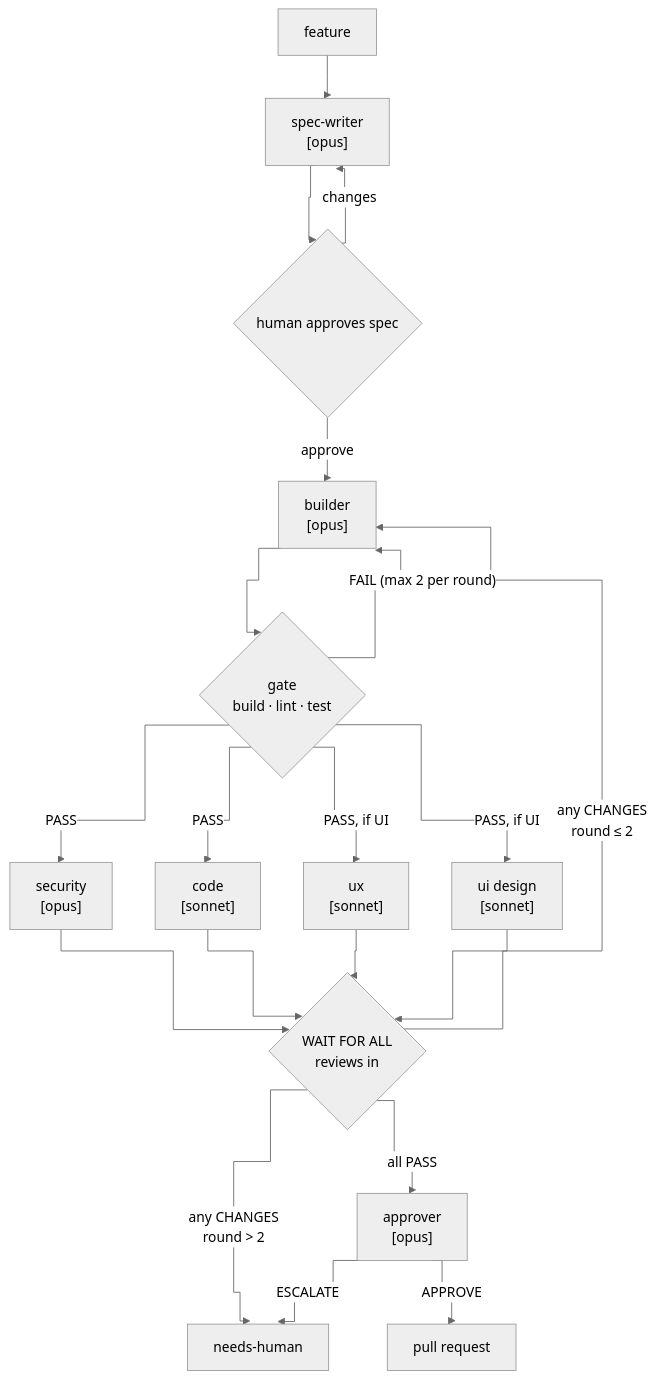
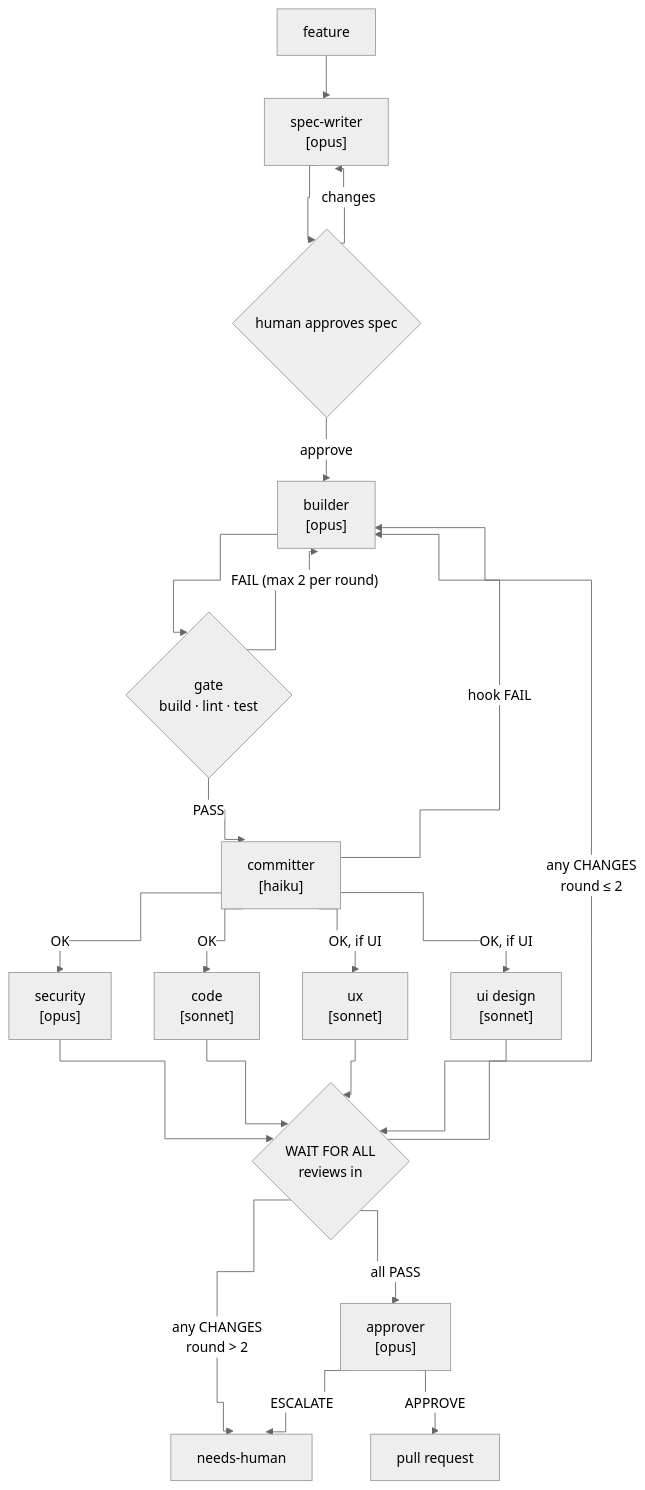
Before and after one commit to federicoxella-space/devflow: the diagram in vault/Software factory.md, drawn with Mermaid. The commit also changed other lines of this file and 3 other files, not shown here.

First line of the commit message:
feat(agents): add haiku committer with commit rules

````diff
--- a/vault/Software factory.md
+++ b/vault/Software factory.md
@@ -16,23 +16,25 @@
 ```mermaid
 %%{init: {'theme': 'neutral','flowchart': {'curve': 'step'}}}%%
 flowchart TD
     feature[feature] --> specWriter["spec-writer<br>[opus]"]
     specWriter --> human_spec{"human approves spec"}
     human_spec --> |changes| specWriter
     human_spec --> |approve| builder["builder<br>[opus]"]
     builder --> gate{"gate<br>build · lint · test"}
     gate --> |"FAIL (max 2 per round)"| builder
-    gate --> |PASS| security["security<br>[opus]"]
-    gate --> |PASS| code["code<br>[sonnet]"]
-    gate --> |"PASS, if UI"| ux["ux<br>[sonnet]"]
-    gate --> |"PASS, if UI"| ui_design["ui design<br>[sonnet]"]
+    gate --> |PASS| committer["committer<br>[haiku]"]
+    committer --> |"hook FAIL"| builder
+    committer --> |OK| security["security<br>[opus]"]
+    committer --> |OK| code["code<br>[sonnet]"]
+    committer --> |"OK, if UI"| ux["ux<br>[sonnet]"]
+    committer --> |"OK, if UI"| ui_design["ui design<br>[sonnet]"]
     security --> wait{"WAIT FOR ALL<br>reviews in"}
     code --> wait
     ux --> wait
     ui_design --> wait
     wait --> |"any CHANGES<br>round ≤ 2"| builder
     wait --> |"any CHANGES<br>round > 2"| need[needs-human]
     wait --> |"all PASS"| approver["approver<br>[opus]"]
     approver --> |APPROVE| pr[pull request]
     approver --> |ESCALATE| need
 ```
````
